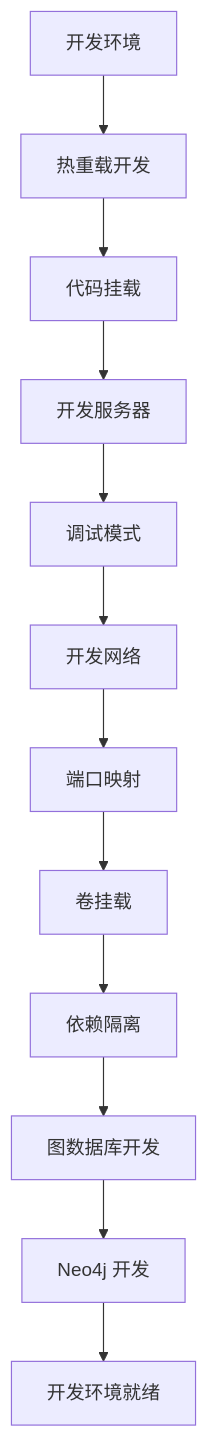
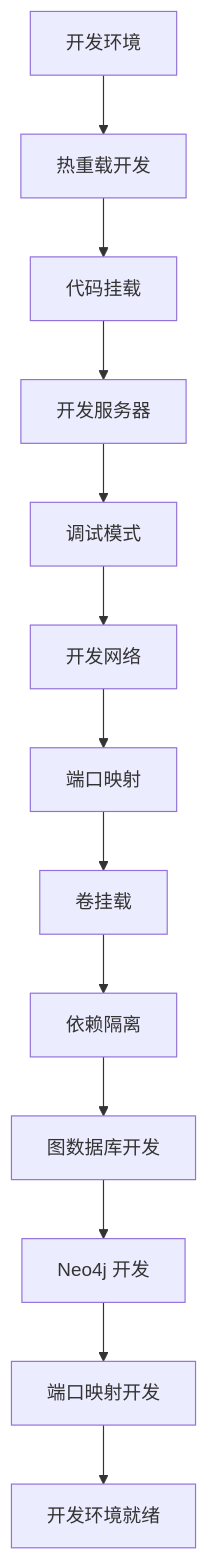
One commit to xfbyxq/ai-novel-system changed the tenth of 21 diagrams in .qoder/repowiki/zh/content/Docker Deployment.md. Above: the diagram before and after it, drawn with Mermaid. The commit also changed other lines of this file and 1 other file, not shown here.

````diff
--- a/.qoder/repowiki/zh/content/Docker Deployment.md
+++ b/.qoder/repowiki/zh/content/Docker Deployment.md
@@ -513,14 +526,15 @@
 ```mermaid
 flowchart TD
 DEV_ENV[开发环境] --> HOT_RELOAD[热重载开发]
 HOT_RELOAD --> CODE_MOUNT[代码挂载]
 CODE_MOUNT --> DEV_SERVER[开发服务器]
 DEV_SERVER --> DEBUG_MODE[调试模式]
 DEBUG_MODE --> NETWORK_DEV[开发网络]
 NETWORK_DEV --> PORT_MAPPING[端口映射]
 PORT_MAPPING --> VOLUME_MOUNT[卷挂载]
 VOLUME_MOUNT --> DEPENDENCY_ISOLATION[依赖隔离]
 DEPENDENCY_ISOLATION --> GRAPH_DEV[图数据库开发]
 GRAPH_DEV --> NEO4J_DEV[Neo4j 开发]
-NEO4J_DEV --> READY[开发环境就绪]
+NEO4J_DEV --> PORT_MAPPING_DEV[端口映射开发]
+PORT_MAPPING_DEV --> READY[开发环境就绪]
 ```
````
